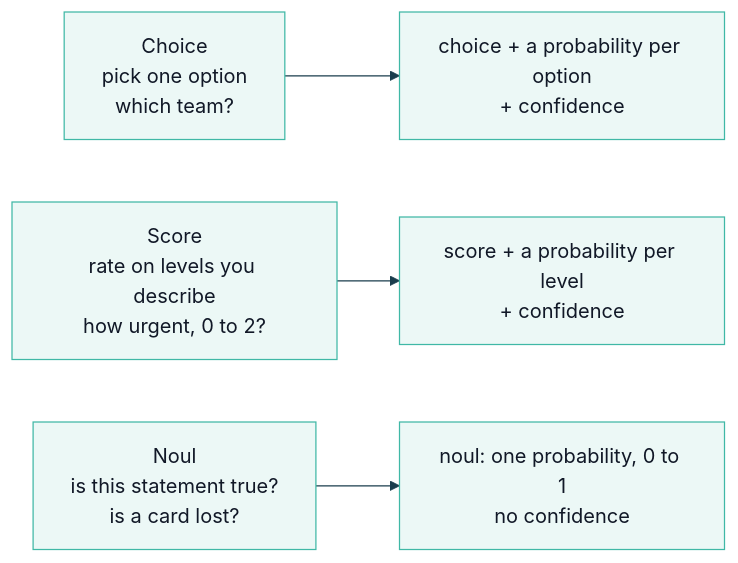
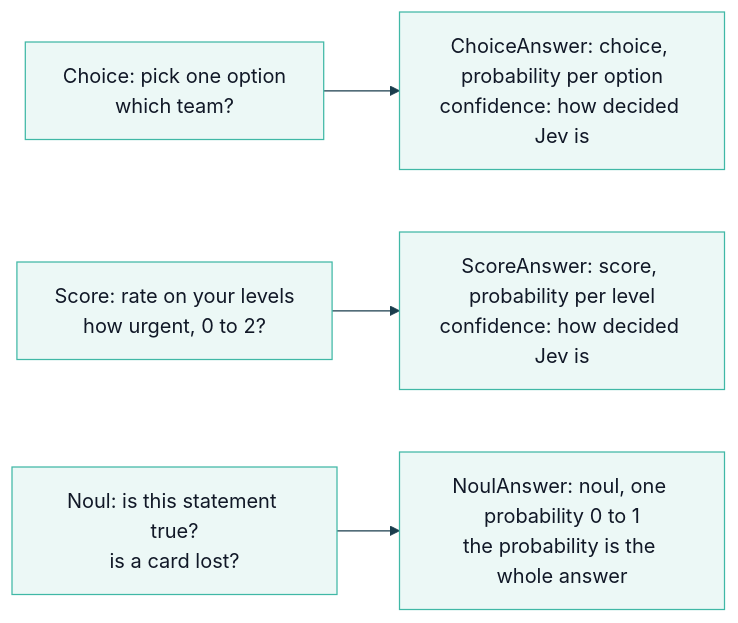
The diagram in course/diagrams/module_01/three-question-types.mmd (axel-sirota/getting_started_jev), drawn with Mermaid before and after one commit. The commit also changed 13 other files, not shown here.

Commit message:
Module 1: notebooks and diagrams

```diff
--- a/course/diagrams/module_01/three-question-types.mmd
+++ b/course/diagrams/module_01/three-question-types.mmd
@@ -1,5 +1,5 @@
 %%{init: {"theme": "base", "themeVariables": {"fontFamily": "Inter, sans-serif", "primaryColor": "#ECF8F6", "primaryBorderColor": "#40B8A6", "primaryTextColor": "#111827", "lineColor": "#1A3D4D", "secondaryColor": "#F9FAFB", "tertiaryColor": "#FFFFFF", "clusterBkg": "#F9FAFB", "clusterBorder": "#D1D5DB", "actorBkg": "#ECF8F6", "actorBorder": "#40B8A6", "noteBkgColor": "#FFF6DA", "noteBorderColor": "#E0B84C"}}}%%
 flowchart LR
-  C["Choice<br/>pick one option<br/>which team?"] --> CA["choice + a probability per option<br/>+ confidence"]
-  S["Score<br/>rate on levels you describe<br/>how urgent, 0 to 2?"] --> SA["score + a probability per level<br/>+ confidence"]
-  N["Noul<br/>is this statement true?<br/>is a card lost?"] --> NA["noul: one probability, 0 to 1<br/>no confidence"]
+  C["Choice: pick one option<br/>which team?"] --> CA["ChoiceAnswer: choice, probability per option<br/>confidence: how decided Jev is"]
+  S["Score: rate on your levels<br/>how urgent, 0 to 2?"] --> SA["ScoreAnswer: score, probability per level<br/>confidence: how decided Jev is"]
+  N["Noul: is this statement true?<br/>is a card lost?"] --> NA["NoulAnswer: noul, one probability 0 to 1<br/>the probability is the whole answer"]
```
